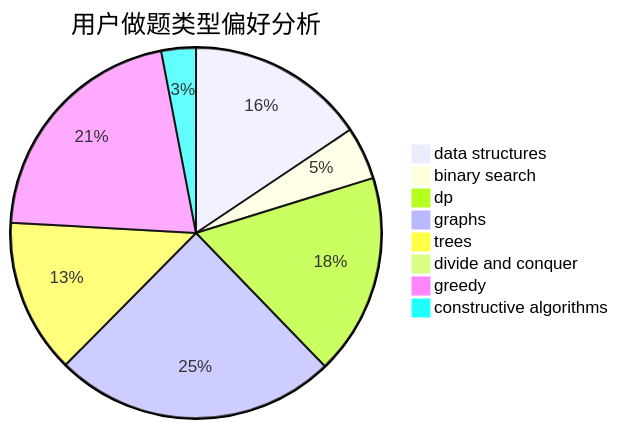
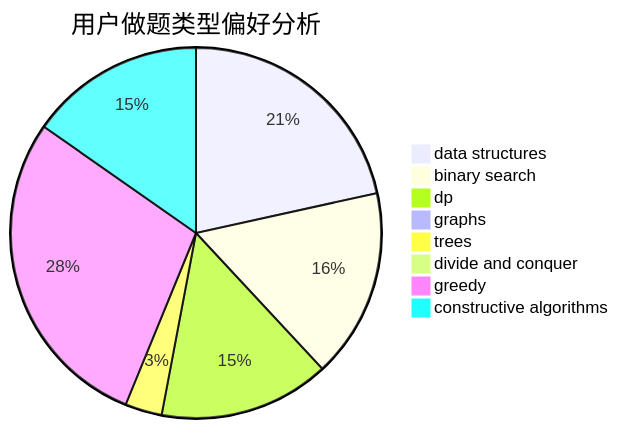
Before and after one commit to sherpahu/cfrs.github.io: the second of 3 diagrams in docs/user/u104.md, drawn with Mermaid. The commit also changed other lines of this file and 2770 other files, not shown here.

````diff
--- a/docs/user/u104.md
+++ b/docs/user/u104.md
@@ -23,11 +23,11 @@
 ```mermaid
 pie title 用户做题类型偏好分析
-    "data structures" :  88
-    "binary search" :  26
-    "dp" :  99
-    "graphs" :  139
-    "trees" :  76
-    "divide and conquer" :  0
-    "greedy" :  119
-    "constructive algorithms" :  17
+    "data structures" :  609
+    "binary search" :  467
+    "dp" :  421
+    "graphs" :  8
+    "trees" :  91
+    "divide and conquer" :  9
+    "greedy" :  806
+    "constructive algorithms" :  432
 ```
````
